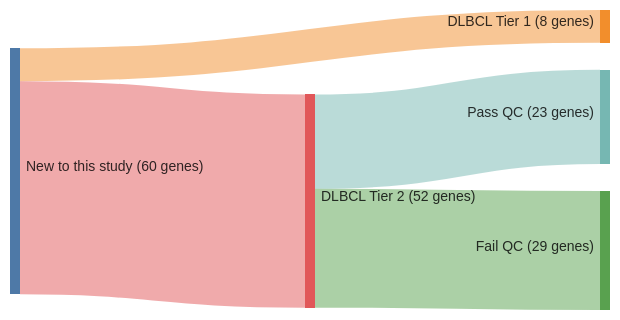
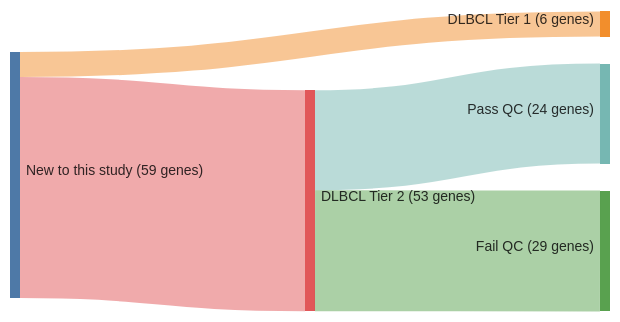
The diagram in papers/reddyGeneticFunctionalDrivers2017.md (morinlab/lymphopedia), drawn with Mermaid before and after one commit.

````diff
--- a/papers/reddyGeneticFunctionalDrivers2017.md
+++ b/papers/reddyGeneticFunctionalDrivers2017.md
@@ -13,18 +13,18 @@
 ```mermaid
 ---
 config:
     sankey:
         showValues: true
         linkColor: target
         width: 600
         height: 300
         nodeAlignment: right
         prefix: '('
         suffix: ' genes)'
 ---
 sankey-beta
-New to this study, DLBCL Tier 1, 8
-New to this study, DLBCL Tier 2, 52
-DLBCL Tier 2, Pass QC, 23
+New to this study, DLBCL Tier 1, 6
+New to this study, DLBCL Tier 2, 53
+DLBCL Tier 2, Pass QC, 24
 DLBCL Tier 2, Fail QC, 29
 ```
````
